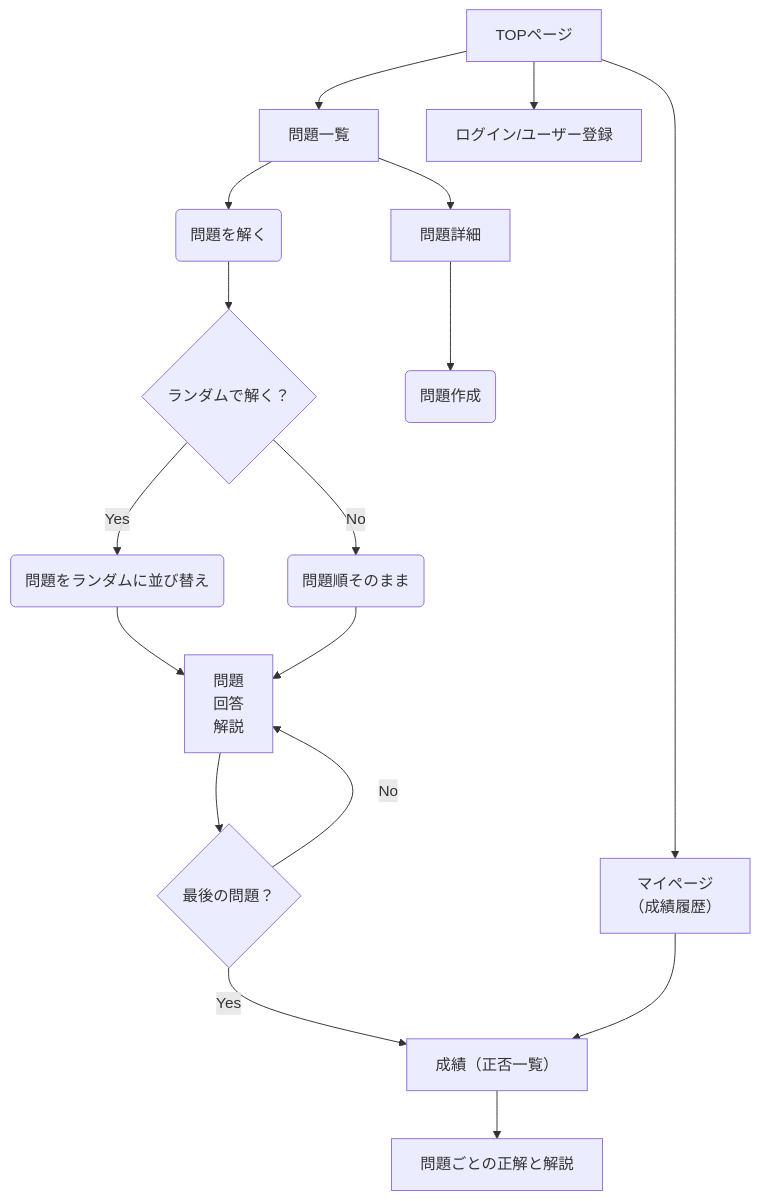
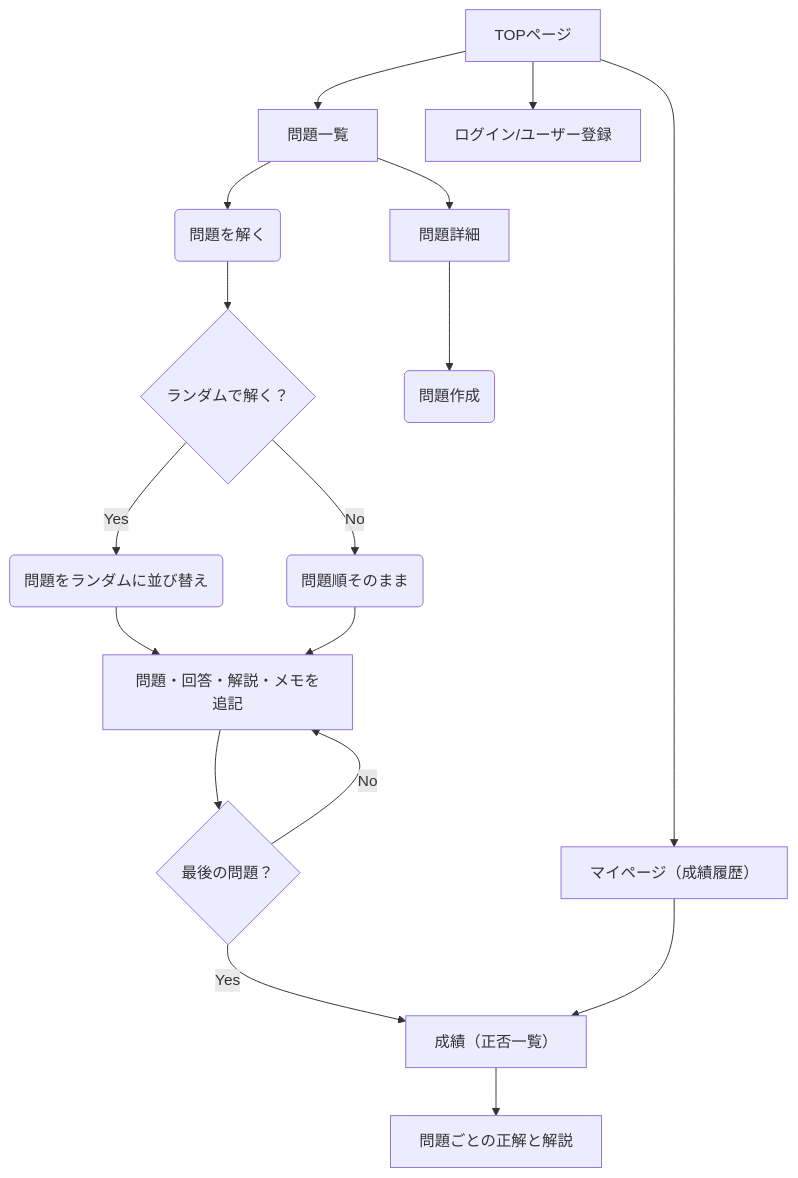
One commit to ChisatoMatoba/Study_for_Ruby_test changed the first of 2 diagrams in README.md. Above: the diagram before and after it, drawn with Mermaid. The commit also changed other lines of this file, not shown here.

````diff
--- a/README.md
+++ b/README.md
@@ -21,33 +37,33 @@
 ```mermaid
 flowchart TB
   node_4["TOPページ"]
   node_5["問題一覧"]
   node_6("問題を解く")
   node_7{"ランダムで解く？"}
   node_8("問題をランダムに並び替え")
   node_9("問題順そのまま")
-  node_10["問題\n回答\n解説"]
+  node_10["問題・回答・解説・メモを追記"]
   node_11{"最後の問題？"}
   node_12["成績（正否一覧）"]
   node_13["問題詳細"]
   node_14("問題作成")
-  node_15["マイページ\n（成績履歴）"]
+  node_15["マイページ（成績履歴）"]
   node_16["問題ごとの正解と解説"]
   node_17["ログイン/ユーザー登録"]
   node_4 --> node_5
   node_5 --> node_6
   node_6 --> node_7
   node_7 --"Yes"--> node_8
   node_7 --"No"--> node_9
   node_8 --> node_10
   node_9 --> node_10
   node_10 --> node_11
   node_11 --"No"--> node_10
   node_11 --"Yes"--> node_12
   node_5 --> node_13
   node_13 --> node_14
   node_4 --> node_15
   node_15 --> node_12
   node_12 --> node_16
   node_4 --> node_17
 ```
````
